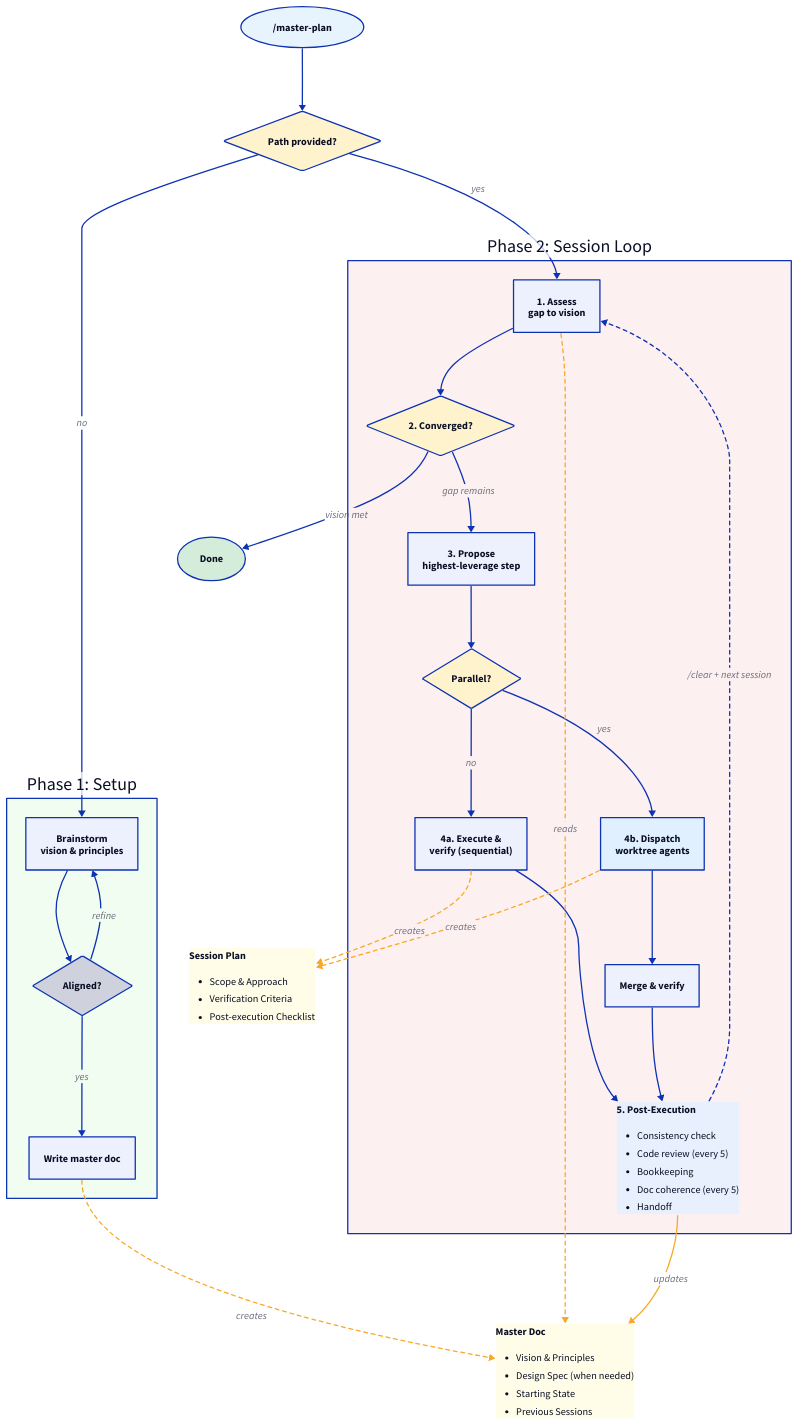
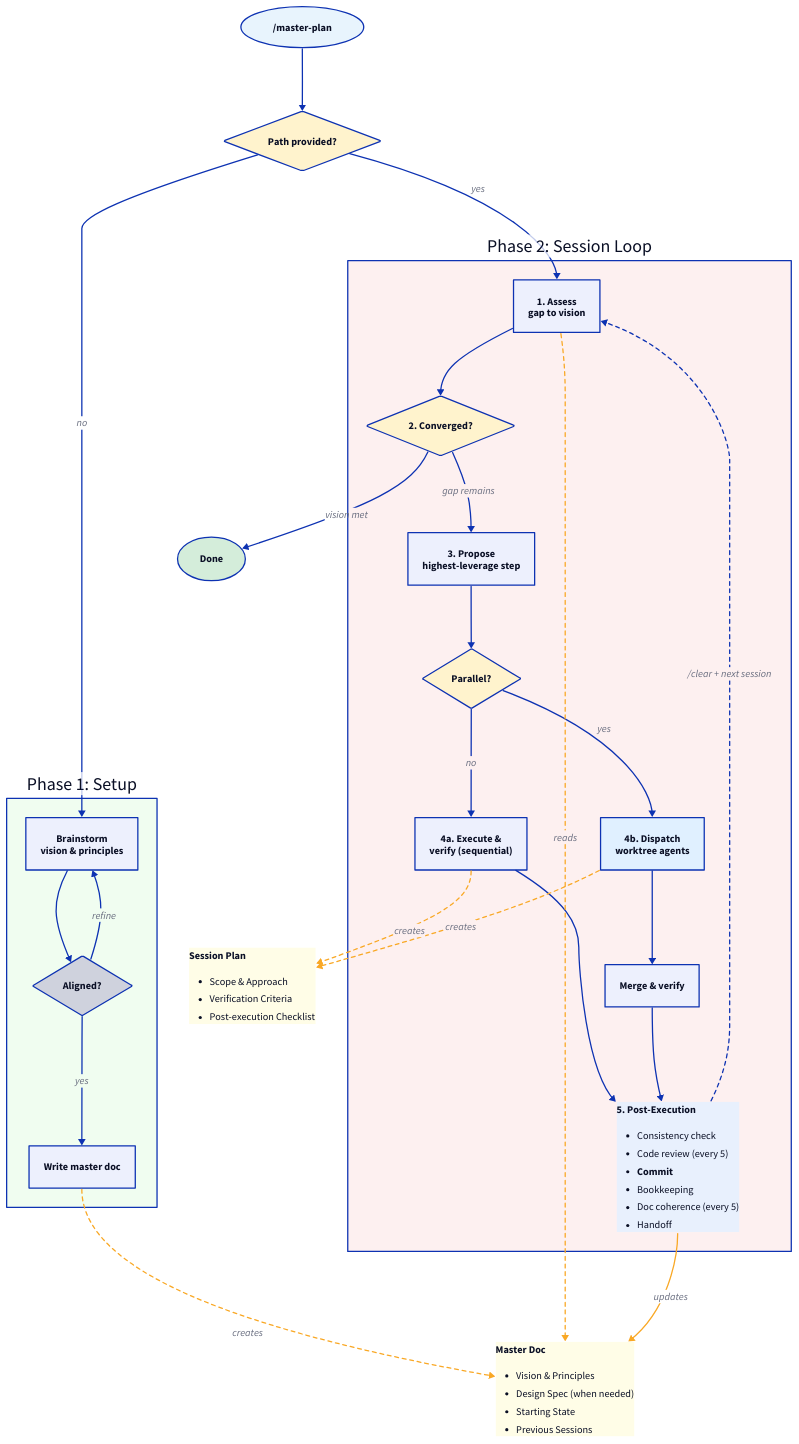
The diagram in docs/master-plan-flow.d2 (lcguerrerocovo/claude-master-plan), drawn with D2 before and after one commit. The commit also changed 2 other files, not shown here.

Commit message:
Add COMMIT step to post-execution checklist
The post-execution flow had no commit step — work sat uncommitted and
bookkeeping couldn't find commit hashes. Add an explicit COMMIT step
after consistency check (step 2), before code review. Bookkeeping now
references the commit hash directly instead of guessing via git log.

```diff
--- a/docs/master-plan-flow.d2
+++ b/docs/master-plan-flow.d2
@@ -1,144 +1,145 @@
 direction: down
 
 # --- Entry ---
 
 start: "/master-plan" {
   shape: oval
   style.fill: "#e8f4fd"
 }
 
 route: "Path provided?" {
   shape: diamond
   style.fill: "#fff3cd"
 }
 
 start -> route
 
 # --- Phase 1 (setup) ---
 
 phase1: "Phase 1: Setup" {
   style.fill: "#f0fdf0"
 
   brainstorm: "Brainstorm\nvision & principles"
   aligned: "Aligned?" { shape: diamond }
   write: "Write master doc"
 
   brainstorm -> aligned
   aligned -> brainstorm: "refine"
   aligned -> write: "yes"
 }
 
 route -> phase1.brainstorm: "no"
 
 # --- Artifacts ---
 
 master_doc: "Master Doc" {
   shape: page
   style.fill: "#fffde7"
   style.stroke: "#f9a825"
   label: |md
     **Master Doc**
     - Vision & Principles
     - Design Spec (when needed)
     - Starting State
     - Previous Sessions
   |
 }
 
 phase1.write -> master_doc: "creates" {
   style.stroke: "#f9a825"
   style.stroke-dash: 3
 }
 
 # --- Phase 2 (session loop) ---
 
 phase2: "Phase 2: Session Loop" {
   style.fill: "#fdf0f0"
 
   assess: "1. Assess\ngap to vision"
   converge: "2. Converged?" {
     shape: diamond
     style.fill: "#fff3cd"
   }
   propose: "3. Propose\nhighest-leverage step"
   parallel: "Parallel?" {
     shape: diamond
     style.fill: "#fff3cd"
   }
   seq_exec: "4a. Execute &\nverify (sequential)"
   par_exec: "4b. Dispatch\nworktree agents" {
     style.fill: "#e0f0ff"
   }
   merge: "Merge & verify"
 
   post_exec: "5. Post-Execution" {
     style.fill: "#e8f0fd"
     label: |md
       **5. Post-Execution**
       - Consistency check
       - Code review (every 5)
+      - **Commit**
       - Bookkeeping
       - Doc coherence (every 5)
       - Handoff
     |
   }
 
   assess -> converge
   converge -> propose: "gap remains"
   propose -> parallel
   parallel -> seq_exec: "no"
   parallel -> par_exec: "yes"
   seq_exec -> post_exec
   par_exec -> merge
   merge -> post_exec
 }
 
 route -> phase2.assess: "yes"
 
 # --- Artifact connections ---
 
 phase2.assess -> master_doc: "reads" {
   style.stroke: "#f9a825"
   style.stroke-dash: 3
 }
 
 phase2.post_exec -> master_doc: "updates" {
   style.stroke: "#f9a825"
 }
 
 session_plan: "Session Plan" {
   shape: page
   style.fill: "#fffde7"
   style.stroke: "#f9a825"
   label: |md
     **Session Plan**
     - Scope & Approach
     - Verification Criteria
     - Post-execution Checklist
   |
 }
 
 phase2.seq_exec -> session_plan: "creates" {
   style.stroke: "#f9a825"
   style.stroke-dash: 3
 }
 
 phase2.par_exec -> session_plan: "creates" {
   style.stroke: "#f9a825"
   style.stroke-dash: 3
 }
 
 # --- Convergence exit ---
 
 done: "Done" {
   shape: oval
   style.fill: "#d4edda"
 }
 
 phase2.converge -> done: "vision met"
 
 # --- Loop back ---
 
 phase2.post_exec -> phase2.assess: "/clear + next session" {
   style.stroke-dash: 3
 }
```
